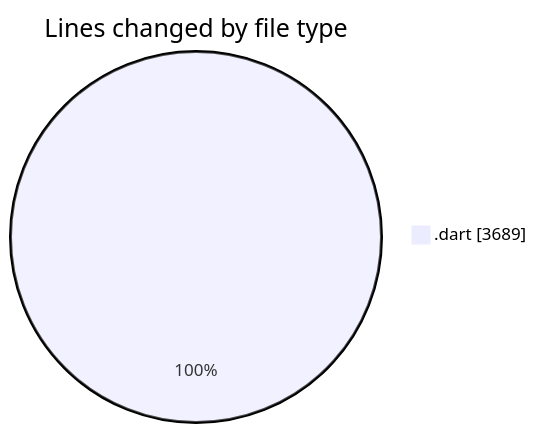
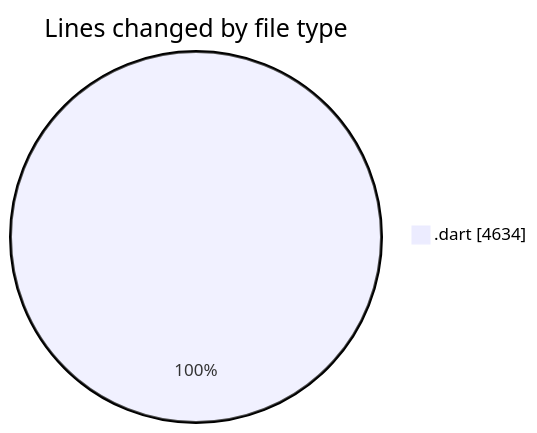
The first of 2 diagrams in 2025-08-28/studybuddy/README.md (lephambinh05/code-tracking), drawn with Mermaid before and after one commit. The commit also changed other lines of this file and 1 other file, not shown here.

````diff
--- a/2025-08-28/studybuddy/README.md
+++ b/2025-08-28/studybuddy/README.md
@@ -25,5 +29,5 @@
 ```mermaid
 pie showData
 title Lines changed by file type
-".dart" : 3689
+".dart" : 4634
 ```
````
